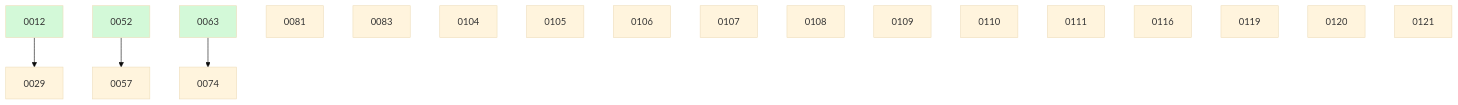
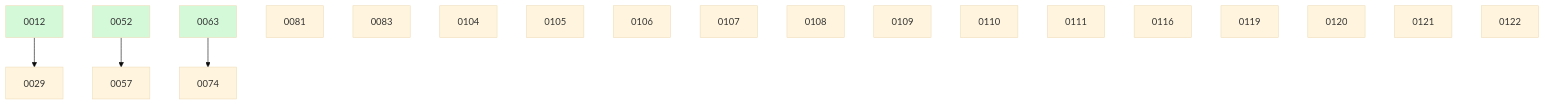
Before and after one commit to ethanhinson/fuse: the diagram in docs/changes/BOARD.md, drawn with Mermaid (base theme). The commit also changed other lines of this file and 1 other file, not shown here.

````diff
--- a/docs/changes/BOARD.md
+++ b/docs/changes/BOARD.md
@@ -37,24 +38,25 @@
 ```mermaid
 graph TD
   0012 --> 0029
   0052 --> 0057
   0063 --> 0074
   0081
   0083
   0104
   0105
   0106
   0107
   0108
   0109
   0110
   0111
   0116
   0119
   0120
   0121
+  0122
   0012:::done
   0052:::done
   0063:::done
   classDef done fill:#d3f9d8;
 ```
````
